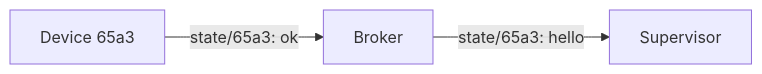
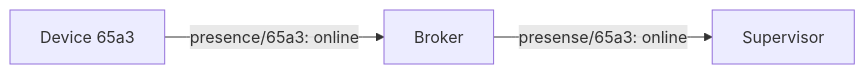
One commit to rsmp-nordic/core_v4 changed the first of 3 diagrams in docs/pages/presence.md. Above: the diagram before and after it, drawn with Mermaid. The commit also changed other lines of this file, not shown here.

````diff
--- a/docs/pages/presence.md
+++ b/docs/pages/presence.md
@@ -24,5 +24,5 @@
 ```mermaid
  graph LR;
-      A[Device 65a3]-->|state/65a3: ok| Broker;
-      Broker-->|state/65a3: hello| Supervisor;
+      A[Device 65a3]-->|presence/65a3: online| Broker;
+      Broker-->|presense/65a3: online| Supervisor;
 ```
````
